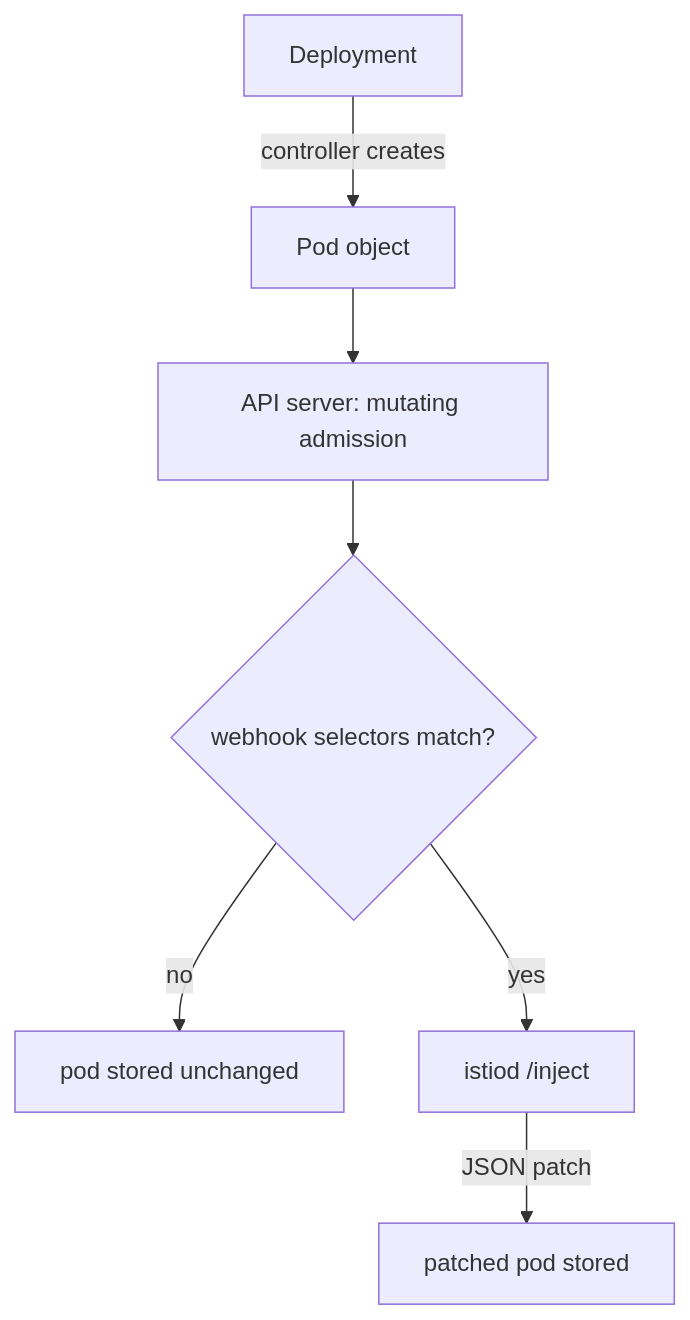
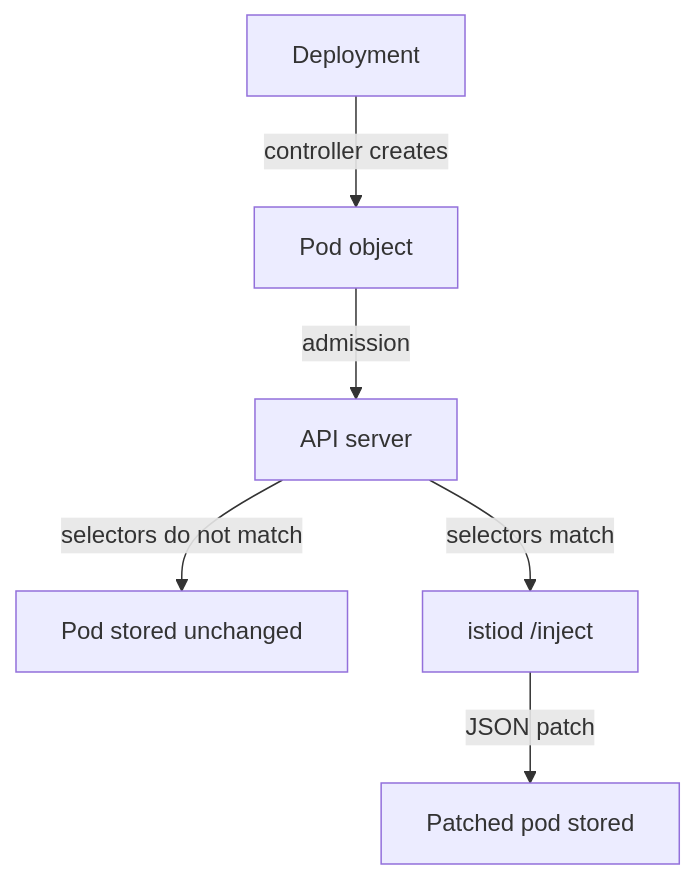
The diagram in sections/section-020/module-02/course-01-injection-as-admission-control.md (astrona-io/ATS013), drawn with Mermaid before and after one commit. The commit also changed other lines of this file and 18 other files, not shown here.

````diff
--- a/sections/section-020/module-02/course-01-injection-as-admission-control.md
+++ b/sections/section-020/module-02/course-01-injection-as-admission-control.md
@@ -15,9 +13,8 @@
 ```mermaid
-flowchart TD
+flowchart TB
     A["Deployment"] -->|"controller creates"| B["Pod object"]
-    B --> C["API server: mutating admission"]
-    C --> D{"webhook selectors match?"}
-    D -->|"no"| S["pod stored unchanged"]
-    D -->|"yes"| P["istiod /inject"]
-    P -->|"JSON patch"| ST["patched pod stored"]
+    B -->|"admission"| C["API server"]
+    C -->|"selectors do not match"| S["Pod stored unchanged"]
+    C -->|"selectors match"| P["istiod /inject"]
+    P -->|"JSON patch"| ST["Patched pod stored"]
 ```
````
